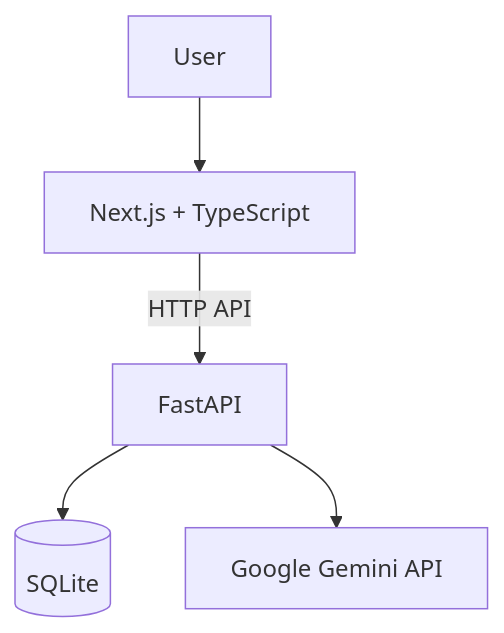
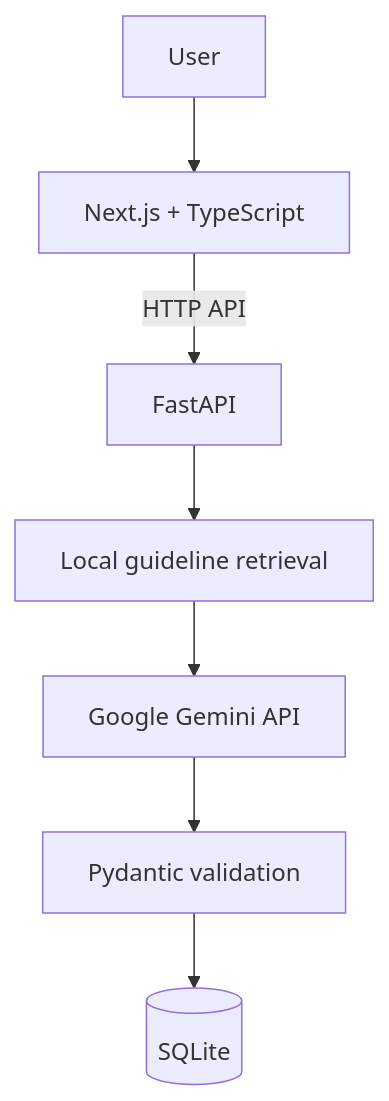
The diagram in README.md (Asadalk/ops-assistant), drawn with Mermaid before and after one commit. The commit also changed other lines of this file and 7 other files, not shown here.

````diff
--- a/README.md
+++ b/README.md
@@ -17,7 +18,9 @@
 ```mermaid
 flowchart TD
   User --> Next[Next.js + TypeScript]
   Next -->|HTTP API| API[FastAPI]
-  API --> DB[(SQLite)]
-  API --> Gemini[Google Gemini API]
+  API --> RAG[Local guideline retrieval]
+  RAG --> Gemini[Google Gemini API]
+  Gemini --> Validate[Pydantic validation]
+  Validate --> DB[(SQLite)]
 ```
````
